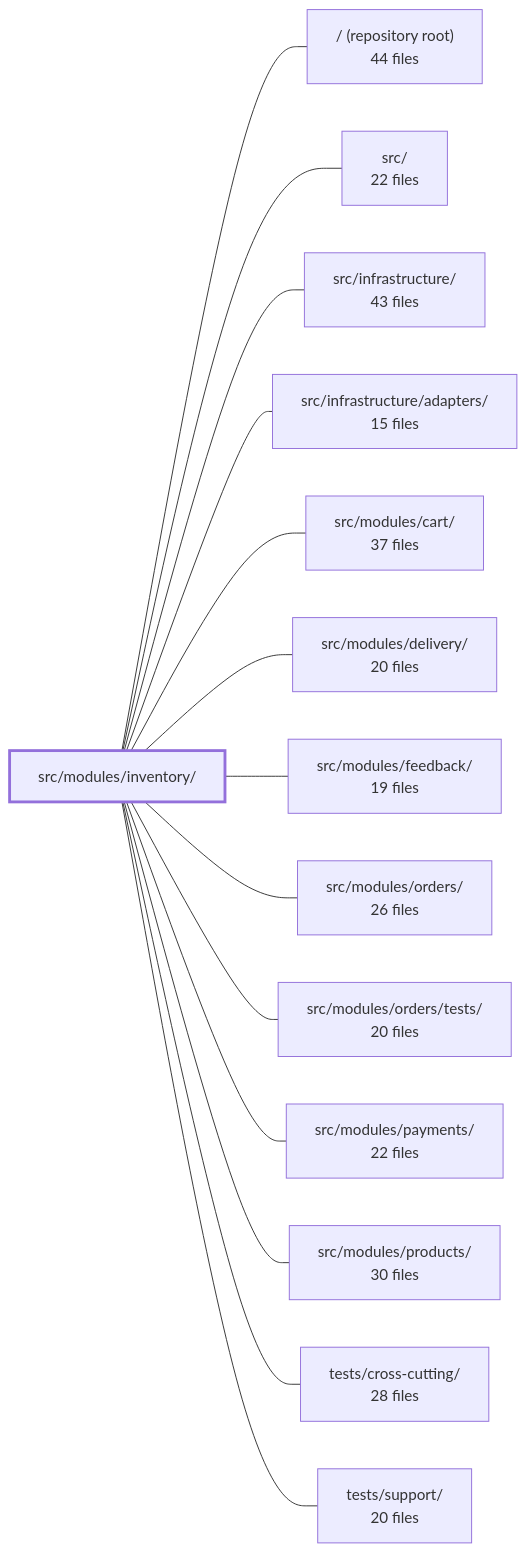
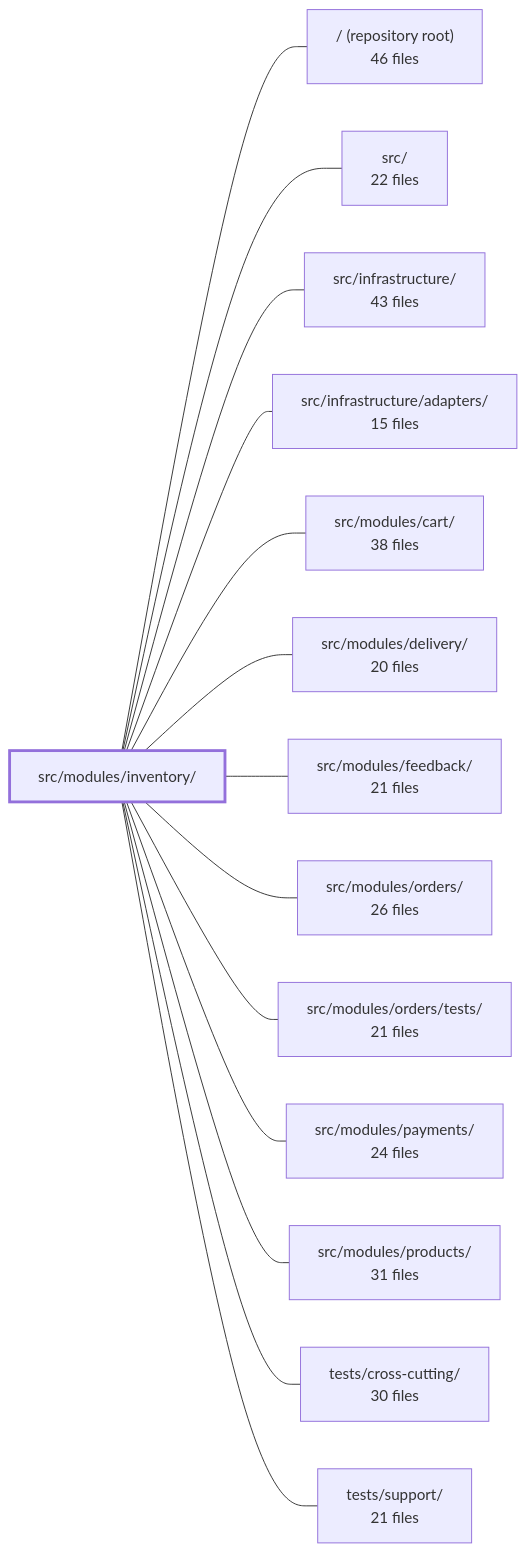
The diagram in .2repo/modules/boilerplate-node-backend_src_modules_inventory.md (Guebbit/boilerplate-node-backend), drawn with Mermaid before and after one commit. The commit also changed other lines of this file and 302 other files, not shown here.

First line of the commit message:
chore(2repo): refresh repo context, wiki, and architecture snapshots

````diff
--- a/.2repo/modules/boilerplate-node-backend_src_modules_inventory.md
+++ b/.2repo/modules/boilerplate-node-backend_src_modules_inventory.md
@@ -41,31 +43,31 @@
 ```mermaid
 flowchart LR
     m_src_modules_inventory["src/modules/inventory/"]
-    m_root["/ (repository root)<br/>44 files"]
+    m_root["/ (repository root)<br/>46 files"]
     m_src["src/<br/>22 files"]
     m_src_infrastructure["src/infrastructure/<br/>43 files"]
     m_src_infrastructure_adapters["src/infrastructure/adapters/<br/>15 files"]
-    m_src_modules_cart["src/modules/cart/<br/>37 files"]
+    m_src_modules_cart["src/modules/cart/<br/>38 files"]
     m_src_modules_delivery["src/modules/delivery/<br/>20 files"]
-    m_src_modules_feedback["src/modules/feedback/<br/>19 files"]
+    m_src_modules_feedback["src/modules/feedback/<br/>21 files"]
     m_src_modules_orders["src/modules/orders/<br/>26 files"]
-    m_src_modules_orders_tests["src/modules/orders/tests/<br/>20 files"]
-    m_src_modules_payments["src/modules/payments/<br/>22 files"]
-    m_src_modules_products["src/modules/products/<br/>30 files"]
-    m_tests_cross_cutting["tests/cross-cutting/<br/>28 files"]
-    m_tests_support["tests/support/<br/>20 files"]
+    m_src_modules_orders_tests["src/modules/orders/tests/<br/>21 files"]
+    m_src_modules_payments["src/modules/payments/<br/>24 files"]
+    m_src_modules_products["src/modules/products/<br/>31 files"]
+    m_tests_cross_cutting["tests/cross-cutting/<br/>30 files"]
+    m_tests_support["tests/support/<br/>21 files"]
     m_src_modules_inventory --- m_root
     m_src_modules_inventory --- m_src
     m_src_modules_inventory --- m_src_infrastructure
     m_src_modules_inventory --- m_src_infrastructure_adapters
     m_src_modules_inventory --- m_src_modules_cart
     m_src_modules_inventory --- m_src_modules_delivery
     m_src_modules_inventory --- m_src_modules_feedback
     m_src_modules_inventory --- m_src_modules_orders
     m_src_modules_inventory --- m_src_modules_orders_tests
     m_src_modules_inventory --- m_src_modules_payments
     m_src_modules_inventory --- m_src_modules_products
     m_src_modules_inventory --- m_tests_cross_cutting
     m_src_modules_inventory --- m_tests_support
     style m_src_modules_inventory stroke-width:3px
 ```
````
